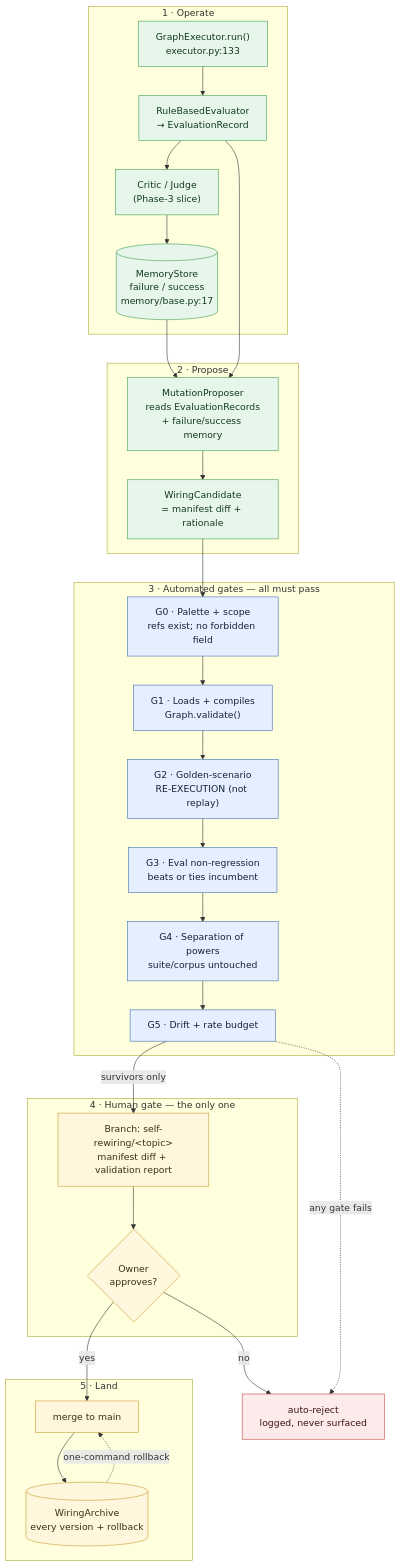
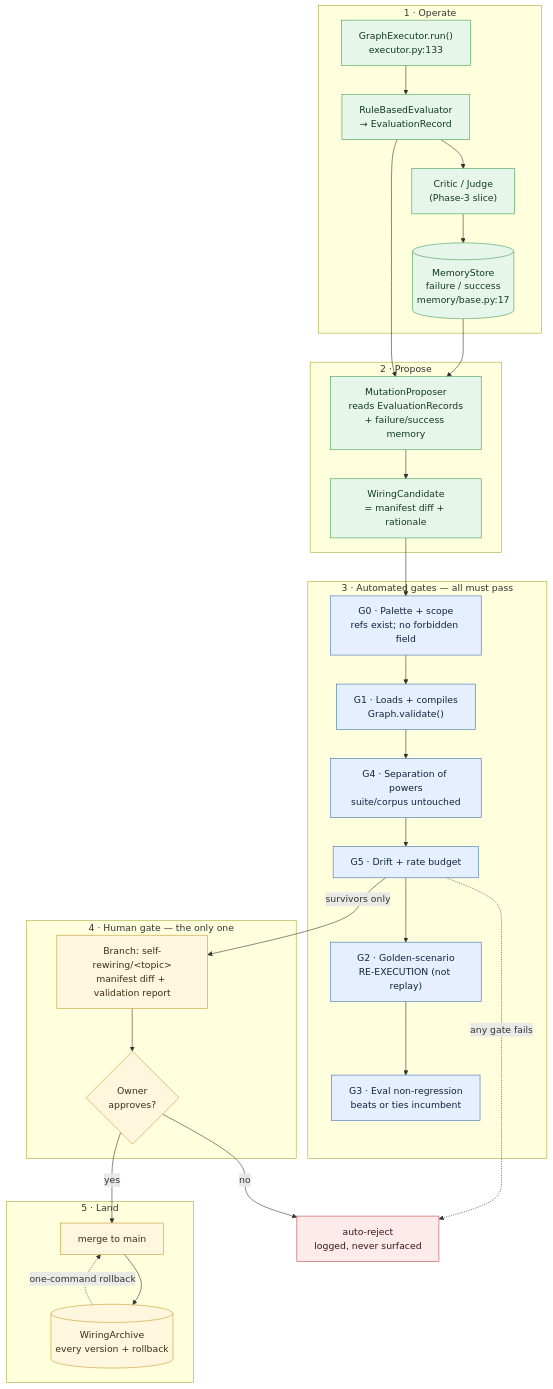
One commit to AndrewGoodson/aef-core changed the diagram in docs/design/self-rewiring/01-architecture.md. Above: the diagram before and after it, drawn with Mermaid. The commit also changed other lines of this file and 5 other files, not shown here.

````diff
--- a/docs/design/self-rewiring/01-architecture.md
+++ b/docs/design/self-rewiring/01-architecture.md
@@ -110,56 +122,58 @@
 ```mermaid
 flowchart TB
     subgraph RUN["1 · Operate"]
         EXEC["GraphExecutor.run()<br/>executor.py:133"]
         EVAL["RuleBasedEvaluator<br/>→ EvaluationRecord"]
         REFLECT["Critic / Judge<br/>(Phase-3 slice)"]
         MEM[("MemoryStore<br/>failure / success<br/>memory/base.py:17")]
         EXEC --> EVAL --> REFLECT --> MEM
     end
 
     subgraph PROPOSE["2 · Propose"]
         PROP["MutationProposer<br/>reads EvaluationRecords<br/>+ failure/success memory"]
         CAND["WiringCandidate<br/>= manifest diff + rationale"]
         PROP --> CAND
     end
 
     subgraph GATES["3 · Automated gates — all must pass"]
         G0["G0 · Palette + scope<br/>refs exist; no forbidden field"]
         G1["G1 · Loads + compiles<br/>Graph.validate()"]
         G2["G2 · Golden-scenario<br/>RE-EXECUTION (not replay)"]
         G3["G3 · Eval non-regression<br/>beats or ties incumbent"]
         G4["G4 · Separation of powers<br/>suite/corpus untouched"]
         G5["G5 · Drift + rate budget"]
-        G0 --> G1 --> G2 --> G3 --> G4 --> G5
+        %% CORRECTED (04 §2.4): canonical order runs all four cheap gates
+        %% before the expensive corpus re-execution in G2.
+        G0 --> G1 --> G4 --> G5 --> G2 --> G3
     end
 
     subgraph REVIEW["4 · Human gate — the only one"]
         DIFF["Branch: self-rewiring/&lt;topic&gt;<br/>manifest diff + validation report"]
         OWNER{"Owner<br/>approves?"}
         DIFF --> OWNER
     end
 
     subgraph LAND["5 · Land"]
         MAIN["merge to main"]
         ARCH[("WiringArchive<br/>every version + rollback")]
         MAIN --> ARCH
     end
 
     MEM --> PROP
     EVAL --> PROP
     CAND --> G0
     G5 -->|survivors only| DIFF
     G5 -.->|any gate fails| REJECT["auto-reject<br/>logged, never surfaced"]
     OWNER -->|yes| MAIN
     OWNER -->|no| REJECT
     ARCH -.->|one-command rollback| MAIN
 
     classDef ok fill:#e7f6ea,stroke:#3f9d54,color:#123a1e;
     classDef gate fill:#e6efff,stroke:#3b6fb0,color:#12233a;
     classDef human fill:#fff6de,stroke:#c79a2a,color:#3a2f12;
     classDef bad fill:#fdeaea,stroke:#c0483f,color:#3a1414;
     class EXEC,EVAL,REFLECT,MEM,PROP,CAND ok;
     class G0,G1,G2,G3,G4,G5 gate;
     class DIFF,OWNER,MAIN,ARCH human;
     class REJECT bad;
 ```
````
